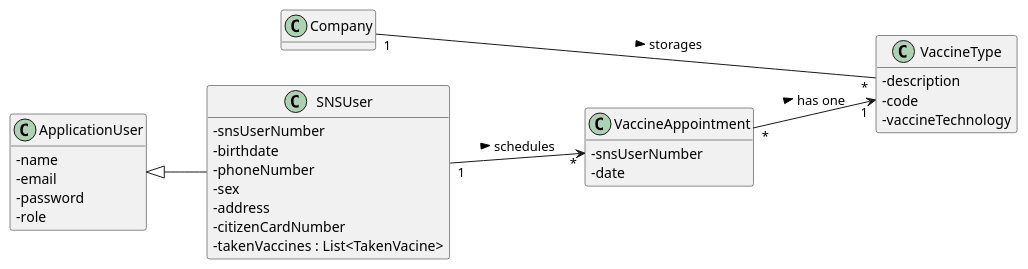
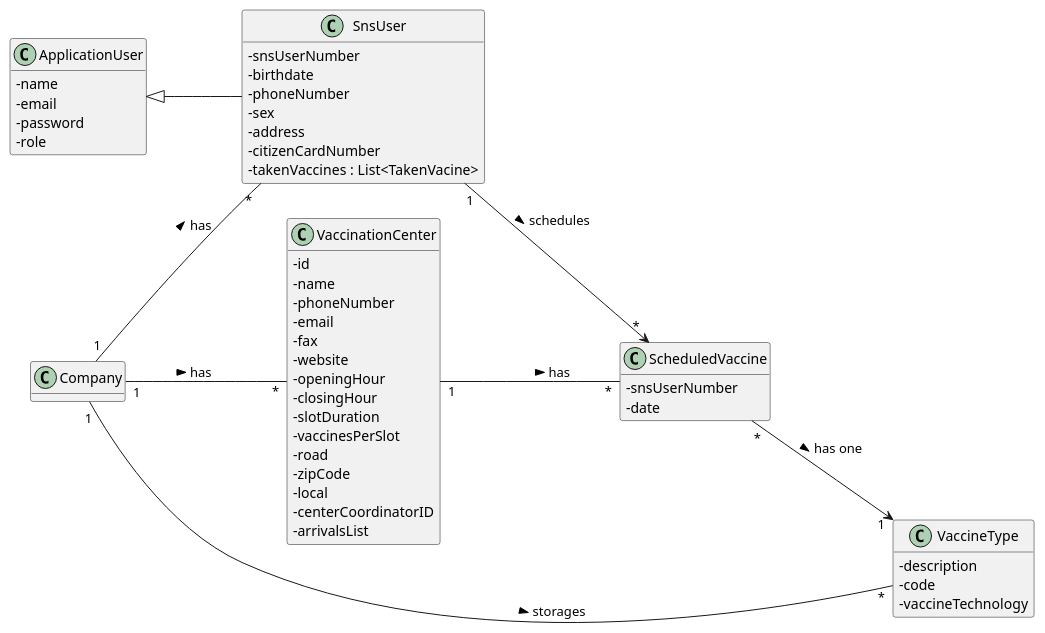
Before and after one commit to Pirussa/lei-22-s2-1da-g02: the diagram in docs/SprintC/US001/US001_DM.puml, drawn with PlantUML. The commit also changed 12 other files, not shown here.

```diff
--- a/docs/SprintC/US001/US001_DM.puml
+++ b/docs/SprintC/US001/US001_DM.puml
@@ -1,47 +1,69 @@
   @startuml
 
 hide methods
 left to right direction
 skinparam classAttributeIconSize 0
 
 
-class SNSUser {
+class SnsUser {
 -snsUserNumber
 -birthdate
 -phoneNumber
 -sex
 -address
 -citizenCardNumber
 -takenVaccines : List<TakenVacine>
 }
 
 
 
 class VaccineType{
 -description
 -code
 -vaccineTechnology
 }
 
 class ApplicationUser {
     -name
     -email
     -password
     -role
 }
 
-class VaccineAppointment {
+class ScheduledVaccine {
 -snsUserNumber
 -date
 }
 
-SNSUser "1" --> "*" VaccineAppointment: schedules >
+class VaccinationCenter {
+-id
+-name
+-phoneNumber
+-email
+-fax
+-website
+-openingHour
+-closingHour
+-slotDuration
+-vaccinesPerSlot
+-road
+-zipCode
+-local
+-centerCoordinatorID
+-arrivalsList
+}
 
-ApplicationUser  <|-- SNSUser
+SnsUser "1" --> "*" ScheduledVaccine: schedules >
 
-VaccineAppointment "*" --> "1" VaccineType: has one  >
+ApplicationUser  <|-- SnsUser
+
+ScheduledVaccine "*" --> "1" VaccineType: has one  >
 
 Company "1" --- "*" VaccineType : storages >
 
+Company "1" -- "*" SnsUser : has >
 
+Company "1" -- "*" VaccinationCenter : has >
+
+VaccinationCenter "1" -- "*" ScheduledVaccine : has >
 @enduml
```
